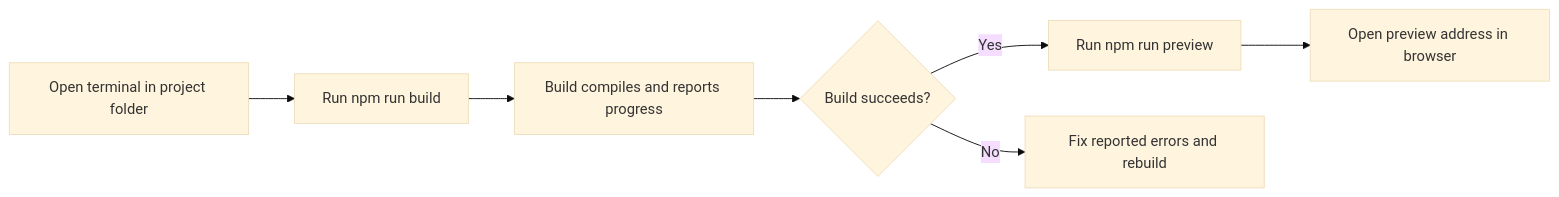
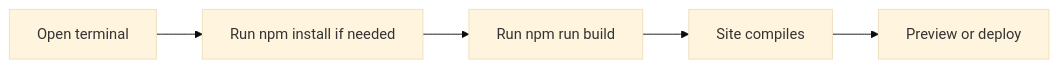
The diagram in api2-documentation/plan_2026-11-02_f8890e/user-facing-docs/how-to-build-production-site.md (Mohita111/API2), drawn with Mermaid (base theme) before and after one commit. The commit also changed other lines of this file and 14 other files, not shown here.

````diff
--- a/api2-documentation/plan_2026-11-02_f8890e/user-facing-docs/how-to-build-production-site.md
+++ b/api2-documentation/plan_2026-11-02_f8890e/user-facing-docs/how-to-build-production-site.md
@@ -15,9 +28,7 @@
 ```mermaid
 graph LR
-    A[Open terminal in project folder] --> B[Run npm run build]
-    B --> C[Build compiles and reports progress]
-    C --> D{"Build succeeds?"}
-    D -- Yes --> E[Run npm run preview]
-    D -- No --> F[Fix reported errors and rebuild]
-    E --> G[Open preview address in browser]
+    A[Open terminal] --> B[Run npm install if needed]
+    B --> C[Run npm run build]
+    C --> D[Site compiles]
+    D --> E[Preview or deploy]
 ```
````
